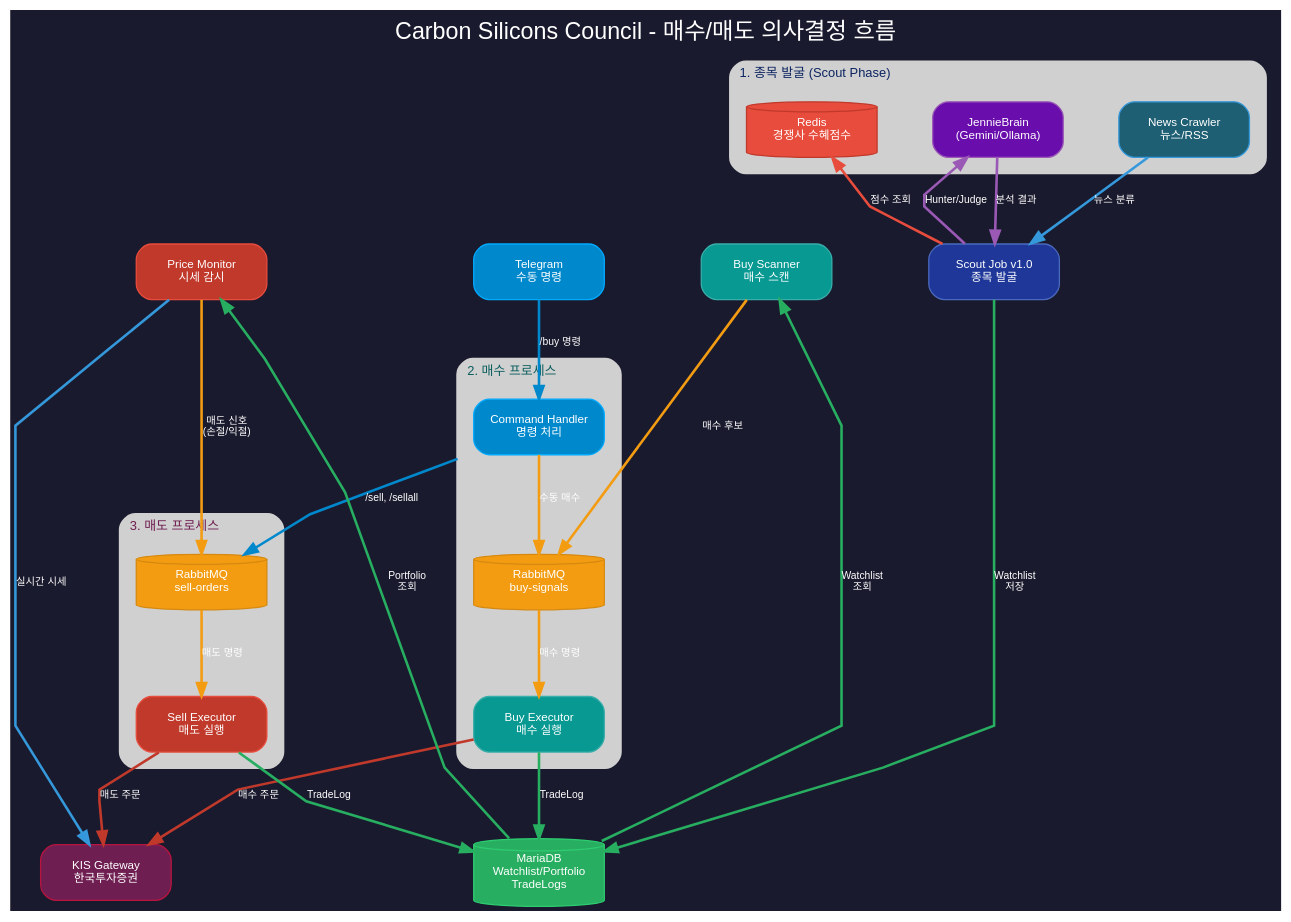
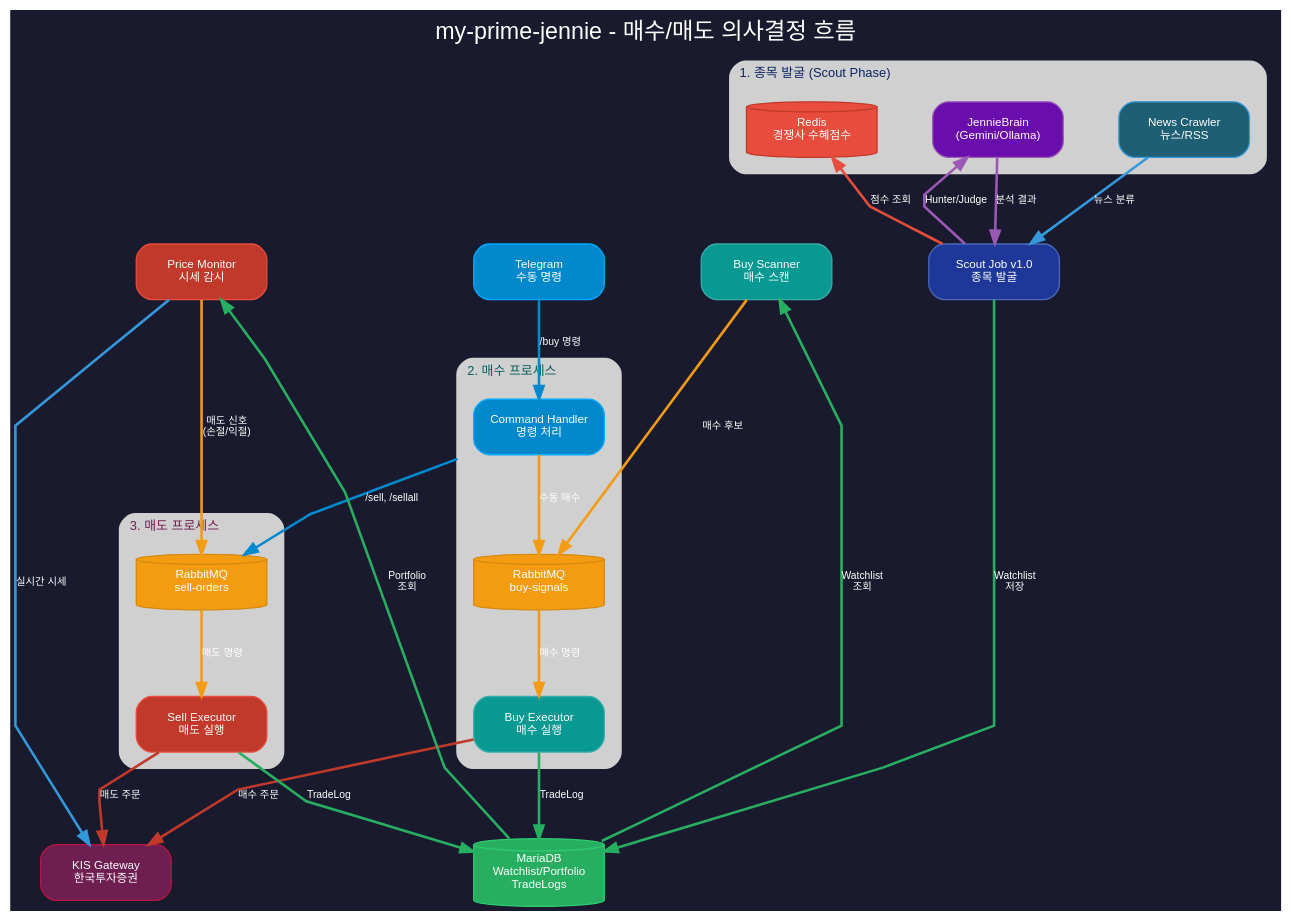
Before and after one commit to youngs7596/our-prime-jennie: the diagram in docs/architecture/02_buy_sell_decision_flow.dot, drawn with Graphviz. The commit also changed 40 other files, not shown here.

First line of the commit message:
refactor: Rename project to my-prime-jennie and centralize versioning

```diff
--- a/docs/architecture/02_buy_sell_decision_flow.dot
+++ b/docs/architecture/02_buy_sell_decision_flow.dot
@@ -1,175 +1,175 @@
 digraph BuySellDecisionFlow {
     // 전체 스타일 설정
     bgcolor="#1a1a2e";
     fontname="Helvetica,Arial,sans-serif";
-    label="Carbon Silicons Council - 매수/매도 의사결정 흐름";
+    label="my-prime-jennie - 매수/매도 의사결정 흐름";
     labelloc=t;
     fontsize=18;
     fontcolor="white";
     rankdir=TB;
     compound=true;
     splines=polyline;
     nodesep=0.6;
     ranksep=0.8;
 
     // 기본 노드 스타일
     node [
         style="rounded,filled",
         shape=box,
         fontname="Helvetica,Arial,sans-serif",
         fontsize=9,
         fontcolor="white",
         width=1.4,
         height=0.6
     ];
 
     // 기본 엣지 스타일
     edge [
         fontname="Helvetica,Arial,sans-serif",
         fontsize=8,
         fontcolor="white",
         penwidth=2
     ];
 
     // ============================================================
     // 종목 발굴 (Scout Phase)
     // ============================================================
     subgraph cluster_scout {
         label="1. 종목 발굴 (Scout Phase)";
         labeljust=l;
         style="rounded,filled";
         bgcolor="#f0f0ff";
         color="#d0d0d0";
         fontcolor="#0c2461";
         fontsize=10;
         penwidth=2;
         margin=12;
 
         SCOUT [label="Scout Job v1.0\n종목 발굴", fillcolor="#1e3799", color="#4a69bd"];
         LLM [label="JennieBrain\n(Gemini/Ollama)", fillcolor="#6a0dad", color="#9b59b6"];
         NEWS [label="News Crawler\n뉴스/RSS", fillcolor="#1e5f74", color="#3498db"];
         REDIS_COMP [label="Redis\n경쟁사 수혜점수", fillcolor="#e74c3c", color="#c0392b", shape=cylinder];
         
         NEWS -> SCOUT [color="#3498db", label="뉴스 분류"];
         SCOUT -> LLM [color="#9b59b6", label="Hunter/Judge"];
         LLM -> SCOUT [color="#9b59b6", label="분석 결과"];
         SCOUT -> REDIS_COMP [color="#e74c3c", label="점수 조회"];
     }
 
     // ============================================================
     // 매수 프로세스
     // ============================================================
     subgraph cluster_buy {
         label="2. 매수 프로세스";
         labeljust=l;
         style="rounded,filled";
         bgcolor="#f0fff0";
         color="#d0d0d0";
         fontcolor="#0a5d5d";
         fontsize=10;
         penwidth=2;
         margin=12;
 
         TELEGRAM [label="Telegram\n수동 명령", fillcolor="#0088cc", color="#00aaff"];
         CMD_HANDLER [label="Command Handler\n명령 처리", fillcolor="#0088cc", color="#00aaff"];
         BUY_SCAN [label="Buy Scanner\n매수 스캔", fillcolor="#079992", color="#38ada9"];
         MQ_BUY [label="RabbitMQ\nbuy-signals", fillcolor="#f39c12", color="#d68910", shape=cylinder];
         BUY_EXEC [label="Buy Executor\n매수 실행", fillcolor="#079992", color="#38ada9"];
         
         TELEGRAM -> CMD_HANDLER [color="#0088cc", label="/buy 명령"];
         CMD_HANDLER -> MQ_BUY [color="#f39c12", label="수동 매수"];
         BUY_SCAN -> MQ_BUY [color="#f39c12", label="매수 후보"];
         MQ_BUY -> BUY_EXEC [color="#f39c12", label="매수 명령"];
     }
 
     // ============================================================
     // 매도 프로세스
     // ============================================================
     subgraph cluster_sell {
         label="3. 매도 프로세스";
         labeljust=l;
         style="rounded,filled";
         bgcolor="#fff0f0";
         color="#d0d0d0";
         fontcolor="#6F1E51";
         fontsize=10;
         penwidth=2;
         margin=12;
 
         PRICE_MON [label="Price Monitor\n시세 감시", fillcolor="#c0392b", color="#e74c3c"];
         MQ_SELL [label="RabbitMQ\nsell-orders", fillcolor="#f39c12", color="#d68910", shape=cylinder];
         SELL_EXEC [label="Sell Executor\n매도 실행", fillcolor="#c0392b", color="#e74c3c"];
         
         PRICE_MON -> MQ_SELL [color="#f39c12", label="매도 신호\n(손절/익절)"];
         CMD_HANDLER -> MQ_SELL [color="#0088cc", label="/sell, /sellall", ltail=cluster_buy];
         MQ_SELL -> SELL_EXEC [color="#f39c12", label="매도 명령"];
     }
 
     // ============================================================
     // 데이터 저장소
     // ============================================================
     subgraph cluster_data {
         label="데이터 저장소";
         labeljust=l;
         style="rounded,filled";
         bgcolor="#f5f5f5";
         color="#d0d0d0";
         fontcolor="#1a5a1a";
         fontsize=10;
         penwidth=2;
         margin=12;
 
         DB [label="MariaDB\nWatchlist/Portfolio\nTradeLogs", fillcolor="#27ae60", color="#2ecc71", shape=cylinder];
     }
 
     // ============================================================
     // 외부 시스템
     // ============================================================
     subgraph cluster_external {
         label="외부 시스템";
         labeljust=l;
         style="rounded,filled";
         bgcolor="#f5f0ff";
         color="#d0d0d0";
         fontcolor="#4a1942";
         fontsize=10;
         penwidth=2;
         margin=12;
 
         KIS [label="KIS Gateway\n한국투자증권", fillcolor="#6F1E51", color="#b71540"];
     }
 
     // ============================================================
     // 클러스터 간 연결
     // ============================================================
     
     // Scout -> DB (Watchlist 저장)
     SCOUT -> DB [color="#27ae60", label="Watchlist\n저장"];
     
     // DB -> Buy Scanner (Watchlist 조회)
     DB -> BUY_SCAN [color="#27ae60", label="Watchlist\n조회"];
     
     // Buy Executor -> KIS (매수 주문)
     BUY_EXEC -> KIS [color="#c0392b", label="매수 주문"];
     
     // Buy Executor -> DB (거래 기록)
     BUY_EXEC -> DB [color="#27ae60", label="TradeLog"];
     
     // Price Monitor -> KIS (시세 조회)
     PRICE_MON -> KIS [color="#3498db", label="실시간 시세"];
     
     // Price Monitor -> DB (포트폴리오 조회)
     DB -> PRICE_MON [color="#27ae60", label="Portfolio\n조회"];
     
     // Sell Executor -> KIS (매도 주문)
     SELL_EXEC -> KIS [color="#c0392b", label="매도 주문"];
     
     // Sell Executor -> DB (거래 기록)
     SELL_EXEC -> DB [color="#27ae60", label="TradeLog"];
 
     // ============================================================
     // 레이아웃 제어
     // ============================================================
     { rank=same; SCOUT; BUY_SCAN; PRICE_MON; TELEGRAM; }
     { rank=same; DB; KIS; }
 }
```
